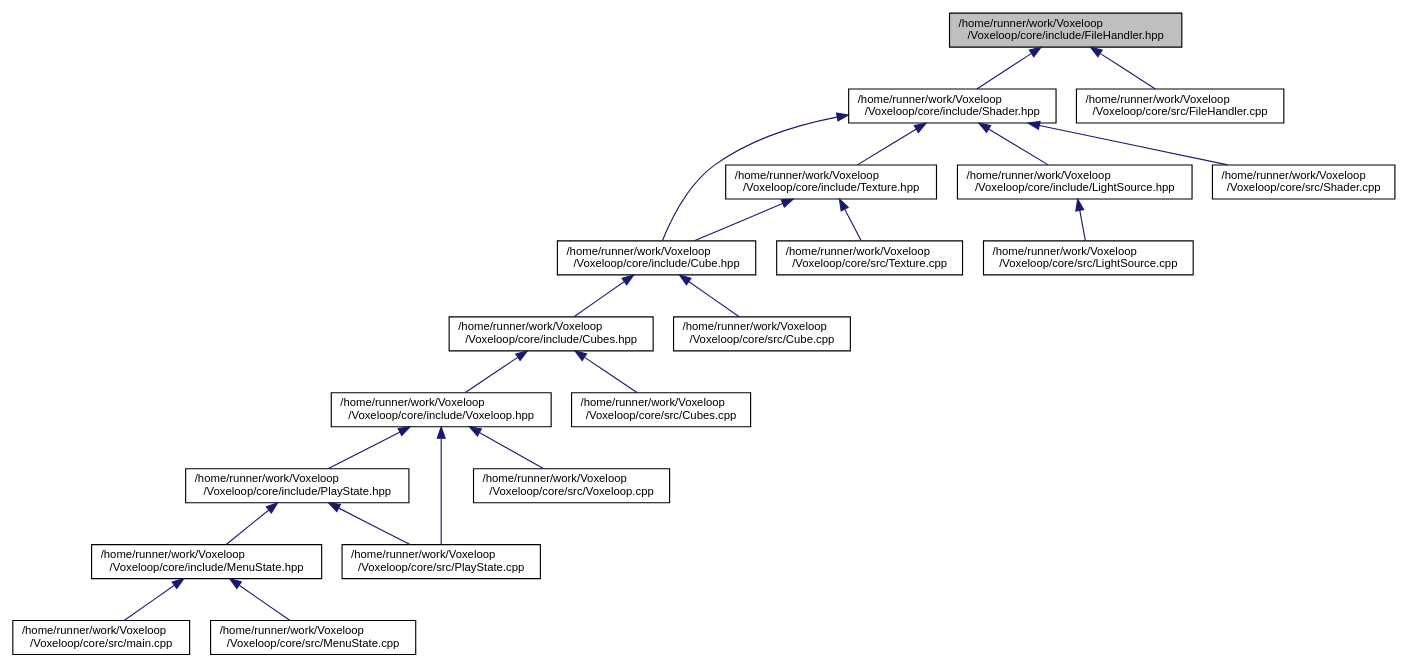
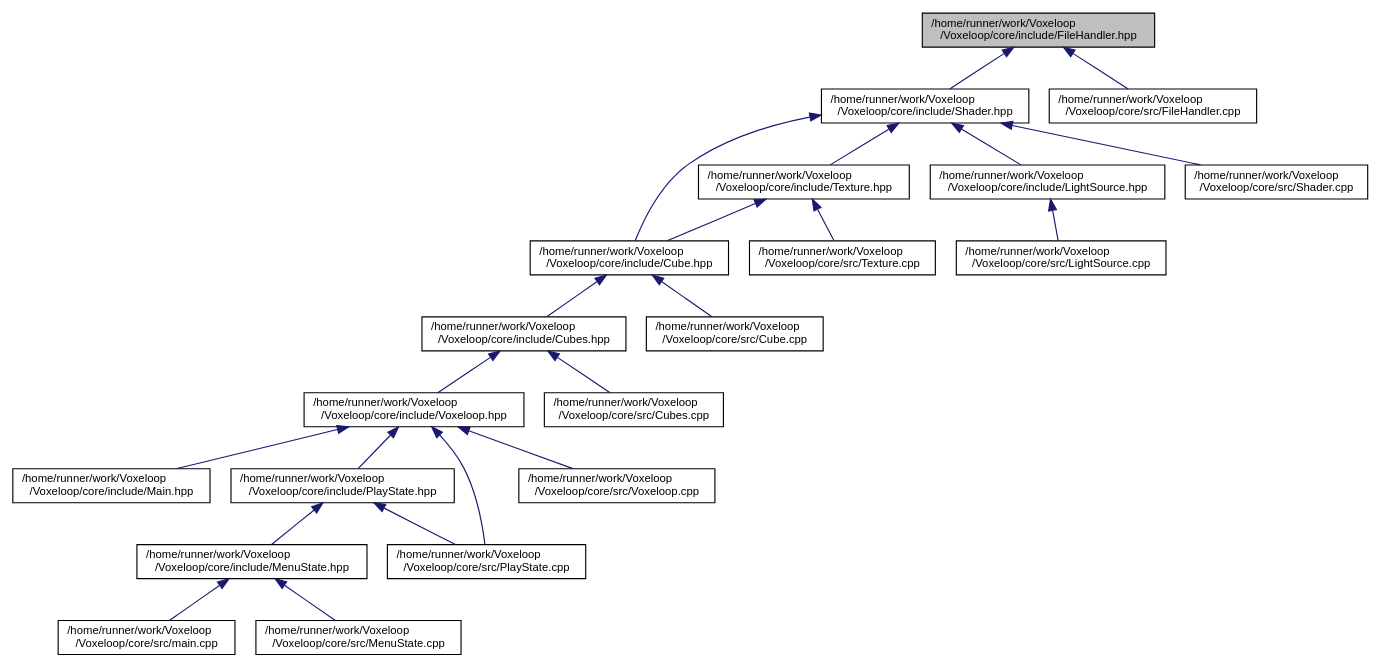
One commit to jarp0l/Voxeloop changed the diagram in docs/FileHandler_8hpp__dep__incl.dot. Above: the diagram before and after it, drawn with Graphviz. The commit also changed 133 other files, not shown here.

```diff
--- a/docs/FileHandler_8hpp__dep__incl.dot
+++ b/docs/FileHandler_8hpp__dep__incl.dot
@@ -1,46 +1,48 @@
 digraph "/home/runner/work/Voxeloop/Voxeloop/core/include/FileHandler.hpp"
 {
  // INTERACTIVE_SVG=YES
  // LATEX_PDF_SIZE
   edge [fontname="Helvetica",fontsize="10",labelfontname="Helvetica",labelfontsize="10"];
   node [fontname="Helvetica",fontsize="10",shape=record];
   Node1 [label="/home/runner/work/Voxeloop\l/Voxeloop/core/include/FileHandler.hpp",height=0.2,width=0.4,color="black", fillcolor="grey75", style="filled", fontcolor="black",tooltip=" "];
   Node1 -> Node2 [dir="back",color="midnightblue",fontsize="10",style="solid",fontname="Helvetica"];
   Node2 [label="/home/runner/work/Voxeloop\l/Voxeloop/core/include/Shader.hpp",height=0.2,width=0.4,color="black", fillcolor="white", style="filled",URL="$Shader_8hpp.html",tooltip=" "];
   Node2 -> Node3 [dir="back",color="midnightblue",fontsize="10",style="solid",fontname="Helvetica"];
   Node3 [label="/home/runner/work/Voxeloop\l/Voxeloop/core/include/Cube.hpp",height=0.2,width=0.4,color="black", fillcolor="white", style="filled",URL="$Cube_8hpp.html",tooltip=" "];
   Node3 -> Node4 [dir="back",color="midnightblue",fontsize="10",style="solid",fontname="Helvetica"];
   Node4 [label="/home/runner/work/Voxeloop\l/Voxeloop/core/include/Cubes.hpp",height=0.2,width=0.4,color="black", fillcolor="white", style="filled",URL="$Cubes_8hpp.html",tooltip=" "];
   Node4 -> Node5 [dir="back",color="midnightblue",fontsize="10",style="solid",fontname="Helvetica"];
   Node5 [label="/home/runner/work/Voxeloop\l/Voxeloop/core/include/Voxeloop.hpp",height=0.2,width=0.4,color="black", fillcolor="white", style="filled",URL="$Voxeloop_8hpp.html",tooltip=" "];
   Node5 -> Node6 [dir="back",color="midnightblue",fontsize="10",style="solid",fontname="Helvetica"];
-  Node6 [label="/home/runner/work/Voxeloop\l/Voxeloop/core/include/PlayState.hpp",height=0.2,width=0.4,color="black", fillcolor="white", style="filled",URL="$PlayState_8hpp.html",tooltip=" "];
-  Node6 -> Node7 [dir="back",color="midnightblue",fontsize="10",style="solid",fontname="Helvetica"];
-  Node7 [label="/home/runner/work/Voxeloop\l/Voxeloop/core/include/MenuState.hpp",height=0.2,width=0.4,color="black", fillcolor="white", style="filled",URL="$MenuState_8hpp.html",tooltip=" "];
+  Node6 [label="/home/runner/work/Voxeloop\l/Voxeloop/core/include/Main.hpp",height=0.2,width=0.4,color="black", fillcolor="white", style="filled",URL="$Main_8hpp.html",tooltip=" "];
+  Node5 -> Node7 [dir="back",color="midnightblue",fontsize="10",style="solid",fontname="Helvetica"];
+  Node7 [label="/home/runner/work/Voxeloop\l/Voxeloop/core/include/PlayState.hpp",height=0.2,width=0.4,color="black", fillcolor="white", style="filled",URL="$PlayState_8hpp.html",tooltip=" "];
   Node7 -> Node8 [dir="back",color="midnightblue",fontsize="10",style="solid",fontname="Helvetica"];
-  Node8 [label="/home/runner/work/Voxeloop\l/Voxeloop/core/src/main.cpp",height=0.2,width=0.4,color="black", fillcolor="white", style="filled",URL="$main_8cpp.html",tooltip=" "];
-  Node7 -> Node9 [dir="back",color="midnightblue",fontsize="10",style="solid",fontname="Helvetica"];
-  Node9 [label="/home/runner/work/Voxeloop\l/Voxeloop/core/src/MenuState.cpp",height=0.2,width=0.4,color="black", fillcolor="white", style="filled",URL="$MenuState_8cpp.html",tooltip=" "];
-  Node6 -> Node10 [dir="back",color="midnightblue",fontsize="10",style="solid",fontname="Helvetica"];
-  Node10 [label="/home/runner/work/Voxeloop\l/Voxeloop/core/src/PlayState.cpp",height=0.2,width=0.4,color="black", fillcolor="white", style="filled",URL="$PlayState_8cpp.html",tooltip=" "];
-  Node5 -> Node10 [dir="back",color="midnightblue",fontsize="10",style="solid",fontname="Helvetica"];
+  Node8 [label="/home/runner/work/Voxeloop\l/Voxeloop/core/include/MenuState.hpp",height=0.2,width=0.4,color="black", fillcolor="white", style="filled",URL="$MenuState_8hpp.html",tooltip=" "];
+  Node8 -> Node9 [dir="back",color="midnightblue",fontsize="10",style="solid",fontname="Helvetica"];
+  Node9 [label="/home/runner/work/Voxeloop\l/Voxeloop/core/src/main.cpp",height=0.2,width=0.4,color="black", fillcolor="white", style="filled",URL="$main_8cpp.html",tooltip=" "];
+  Node8 -> Node10 [dir="back",color="midnightblue",fontsize="10",style="solid",fontname="Helvetica"];
+  Node10 [label="/home/runner/work/Voxeloop\l/Voxeloop/core/src/MenuState.cpp",height=0.2,width=0.4,color="black", fillcolor="white", style="filled",URL="$MenuState_8cpp.html",tooltip=" "];
+  Node7 -> Node11 [dir="back",color="midnightblue",fontsize="10",style="solid",fontname="Helvetica"];
+  Node11 [label="/home/runner/work/Voxeloop\l/Voxeloop/core/src/PlayState.cpp",height=0.2,width=0.4,color="black", fillcolor="white", style="filled",URL="$PlayState_8cpp.html",tooltip=" "];
   Node5 -> Node11 [dir="back",color="midnightblue",fontsize="10",style="solid",fontname="Helvetica"];
-  Node11 [label="/home/runner/work/Voxeloop\l/Voxeloop/core/src/Voxeloop.cpp",height=0.2,width=0.4,color="black", fillcolor="white", style="filled",URL="$Voxeloop_8cpp.html",tooltip=" "];
-  Node4 -> Node12 [dir="back",color="midnightblue",fontsize="10",style="solid",fontname="Helvetica"];
-  Node12 [label="/home/runner/work/Voxeloop\l/Voxeloop/core/src/Cubes.cpp",height=0.2,width=0.4,color="black", fillcolor="white", style="filled",URL="$Cubes_8cpp.html",tooltip=" "];
-  Node3 -> Node13 [dir="back",color="midnightblue",fontsize="10",style="solid",fontname="Helvetica"];
-  Node13 [label="/home/runner/work/Voxeloop\l/Voxeloop/core/src/Cube.cpp",height=0.2,width=0.4,color="black", fillcolor="white", style="filled",URL="$Cube_8cpp.html",tooltip=" "];
-  Node2 -> Node14 [dir="back",color="midnightblue",fontsize="10",style="solid",fontname="Helvetica"];
-  Node14 [label="/home/runner/work/Voxeloop\l/Voxeloop/core/include/Texture.hpp",height=0.2,width=0.4,color="black", fillcolor="white", style="filled",URL="$Texture_8hpp.html",tooltip=" "];
-  Node14 -> Node3 [dir="back",color="midnightblue",fontsize="10",style="solid",fontname="Helvetica"];
-  Node14 -> Node15 [dir="back",color="midnightblue",fontsize="10",style="solid",fontname="Helvetica"];
-  Node15 [label="/home/runner/work/Voxeloop\l/Voxeloop/core/src/Texture.cpp",height=0.2,width=0.4,color="black", fillcolor="white", style="filled",URL="$Texture_8cpp.html",tooltip=" "];
-  Node2 -> Node16 [dir="back",color="midnightblue",fontsize="10",style="solid",fontname="Helvetica"];
-  Node16 [label="/home/runner/work/Voxeloop\l/Voxeloop/core/include/LightSource.hpp",height=0.2,width=0.4,color="black", fillcolor="white", style="filled",URL="$LightSource_8hpp.html",tooltip=" "];
-  Node16 -> Node17 [dir="back",color="midnightblue",fontsize="10",style="solid",fontname="Helvetica"];
-  Node17 [label="/home/runner/work/Voxeloop\l/Voxeloop/core/src/LightSource.cpp",height=0.2,width=0.4,color="black", fillcolor="white", style="filled",URL="$LightSource_8cpp.html",tooltip=" "];
-  Node2 -> Node18 [dir="back",color="midnightblue",fontsize="10",style="solid",fontname="Helvetica"];
-  Node18 [label="/home/runner/work/Voxeloop\l/Voxeloop/core/src/Shader.cpp",height=0.2,width=0.4,color="black", fillcolor="white", style="filled",URL="$Shader_8cpp.html",tooltip=" "];
-  Node1 -> Node19 [dir="back",color="midnightblue",fontsize="10",style="solid",fontname="Helvetica"];
-  Node19 [label="/home/runner/work/Voxeloop\l/Voxeloop/core/src/FileHandler.cpp",height=0.2,width=0.4,color="black", fillcolor="white", style="filled",URL="$FileHandler_8cpp.html",tooltip=" "];
+  Node5 -> Node12 [dir="back",color="midnightblue",fontsize="10",style="solid",fontname="Helvetica"];
+  Node12 [label="/home/runner/work/Voxeloop\l/Voxeloop/core/src/Voxeloop.cpp",height=0.2,width=0.4,color="black", fillcolor="white", style="filled",URL="$Voxeloop_8cpp.html",tooltip=" "];
+  Node4 -> Node13 [dir="back",color="midnightblue",fontsize="10",style="solid",fontname="Helvetica"];
+  Node13 [label="/home/runner/work/Voxeloop\l/Voxeloop/core/src/Cubes.cpp",height=0.2,width=0.4,color="black", fillcolor="white", style="filled",URL="$Cubes_8cpp.html",tooltip=" "];
+  Node3 -> Node14 [dir="back",color="midnightblue",fontsize="10",style="solid",fontname="Helvetica"];
+  Node14 [label="/home/runner/work/Voxeloop\l/Voxeloop/core/src/Cube.cpp",height=0.2,width=0.4,color="black", fillcolor="white", style="filled",URL="$Cube_8cpp.html",tooltip=" "];
+  Node2 -> Node15 [dir="back",color="midnightblue",fontsize="10",style="solid",fontname="Helvetica"];
+  Node15 [label="/home/runner/work/Voxeloop\l/Voxeloop/core/include/Texture.hpp",height=0.2,width=0.4,color="black", fillcolor="white", style="filled",URL="$Texture_8hpp.html",tooltip=" "];
+  Node15 -> Node3 [dir="back",color="midnightblue",fontsize="10",style="solid",fontname="Helvetica"];
+  Node15 -> Node16 [dir="back",color="midnightblue",fontsize="10",style="solid",fontname="Helvetica"];
+  Node16 [label="/home/runner/work/Voxeloop\l/Voxeloop/core/src/Texture.cpp",height=0.2,width=0.4,color="black", fillcolor="white", style="filled",URL="$Texture_8cpp.html",tooltip=" "];
+  Node2 -> Node17 [dir="back",color="midnightblue",fontsize="10",style="solid",fontname="Helvetica"];
+  Node17 [label="/home/runner/work/Voxeloop\l/Voxeloop/core/include/LightSource.hpp",height=0.2,width=0.4,color="black", fillcolor="white", style="filled",URL="$LightSource_8hpp.html",tooltip=" "];
+  Node17 -> Node18 [dir="back",color="midnightblue",fontsize="10",style="solid",fontname="Helvetica"];
+  Node18 [label="/home/runner/work/Voxeloop\l/Voxeloop/core/src/LightSource.cpp",height=0.2,width=0.4,color="black", fillcolor="white", style="filled",URL="$LightSource_8cpp.html",tooltip=" "];
+  Node2 -> Node19 [dir="back",color="midnightblue",fontsize="10",style="solid",fontname="Helvetica"];
+  Node19 [label="/home/runner/work/Voxeloop\l/Voxeloop/core/src/Shader.cpp",height=0.2,width=0.4,color="black", fillcolor="white", style="filled",URL="$Shader_8cpp.html",tooltip=" "];
+  Node1 -> Node20 [dir="back",color="midnightblue",fontsize="10",style="solid",fontname="Helvetica"];
+  Node20 [label="/home/runner/work/Voxeloop\l/Voxeloop/core/src/FileHandler.cpp",height=0.2,width=0.4,color="black", fillcolor="white", style="filled",URL="$FileHandler_8cpp.html",tooltip=" "];
 }
```
